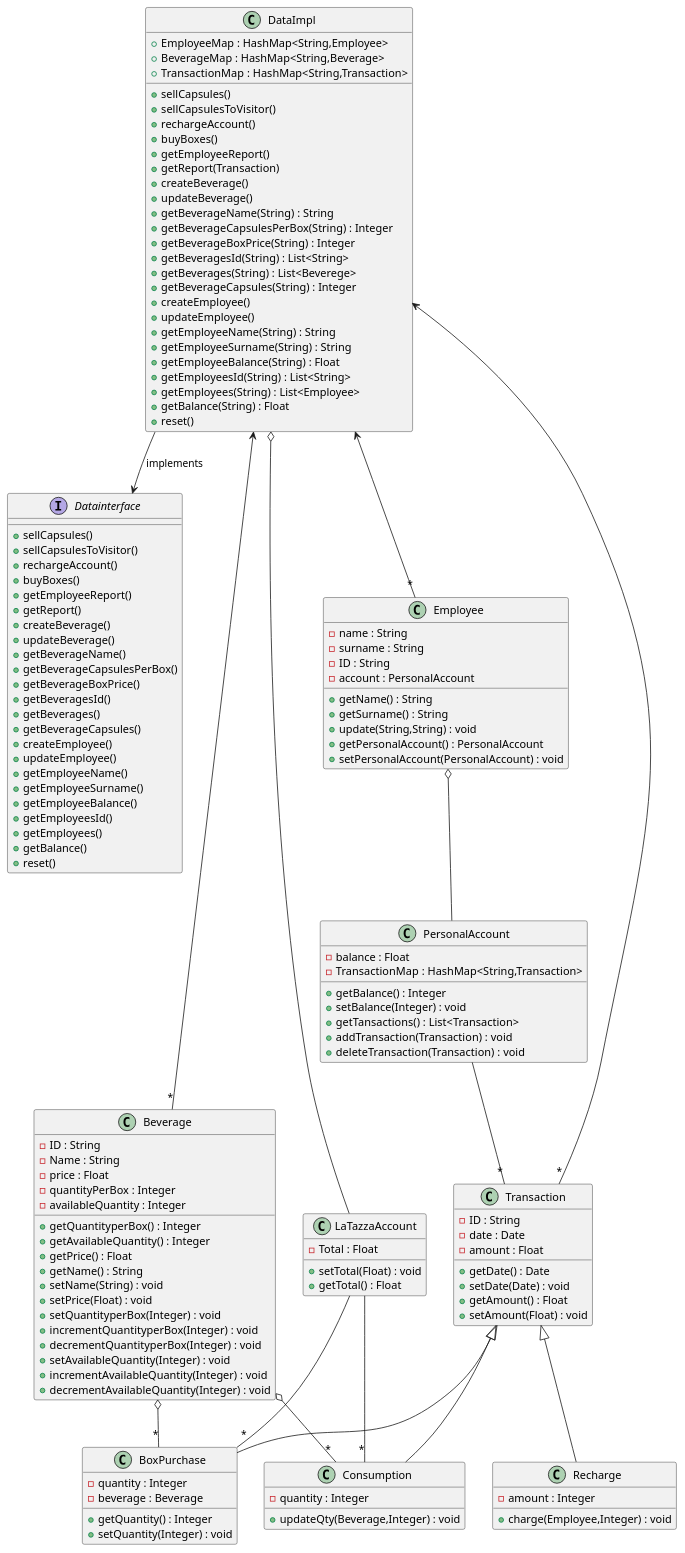
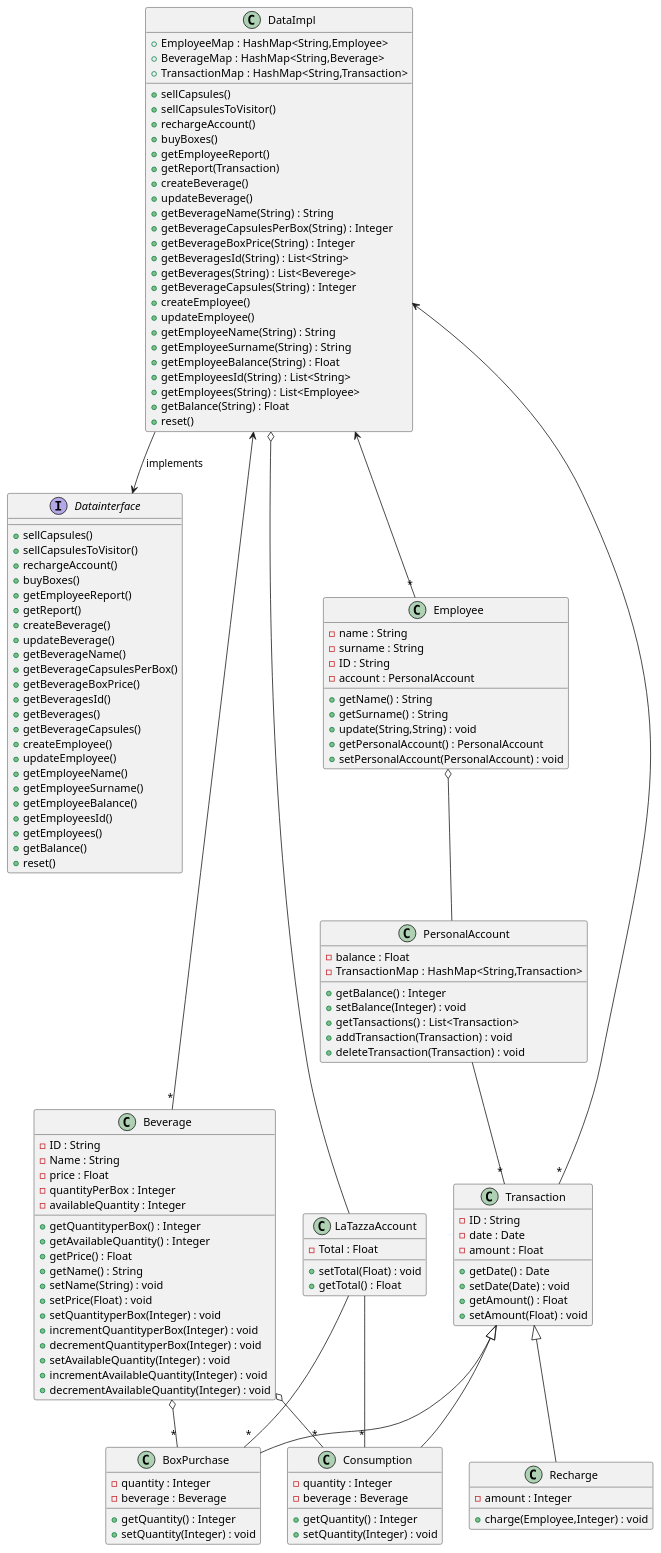
Before and after one commit to salvatore-dimartino/LaTazza: the third of 7 diagrams in templates/DesignDocumentTemplate.md, drawn with PlantUML.

```diff
--- a/templates/DesignDocumentTemplate.md
+++ b/templates/DesignDocumentTemplate.md
@@ -231,8 +231,10 @@
 }
 class Consumption {
     -quantity : Integer
+    -beverage : Beverage
     
-    +updateQty(Beverage,Integer) : void
+    +getQuantity() : Integer
+    +setQuantity(Integer) : void
 }
 
 
```
